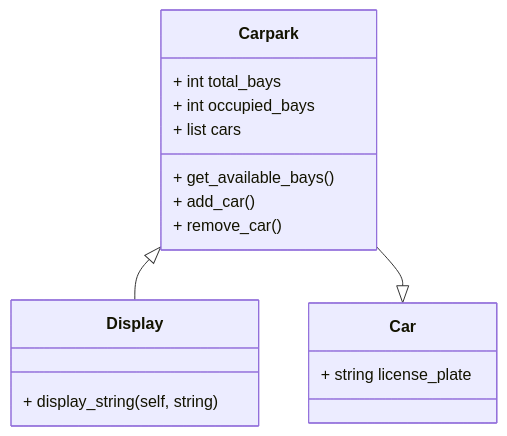
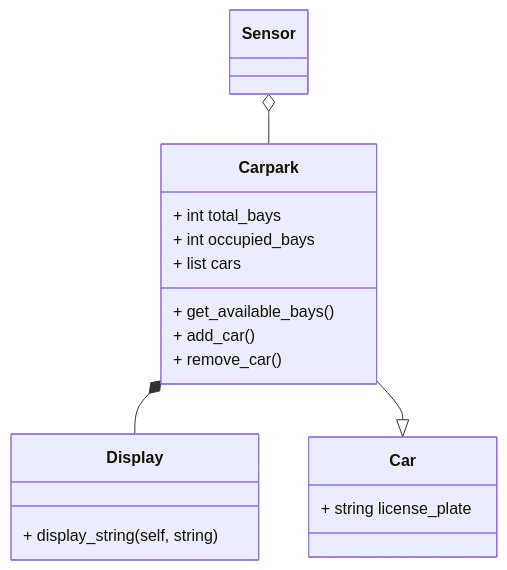
The diagram in README.md (davicara/ipriot_final_assesment), drawn with Mermaid before and after one commit. The commit also changed other lines of this file and 5 other files, not shown here.

````diff
--- a/README.md
+++ b/README.md
@@ -8,28 +10,29 @@
 ```mermaid
 
 classDiagram
-    Carpark <|-- Display
+    Carpark *-- Display
     Carpark --|> Car
+    Sensor o-- Carpark
     
     
     class Carpark{
         + int total_bays
         + int occupied_bays
         + list cars
         
         + get_available_bays()
         + add_car()
         + remove_car()
     }
     
     class Car{
         + string license_plate
         
     }
     
     class Display{
         + display_string(self, string)
         
     }
 
 ```
````
